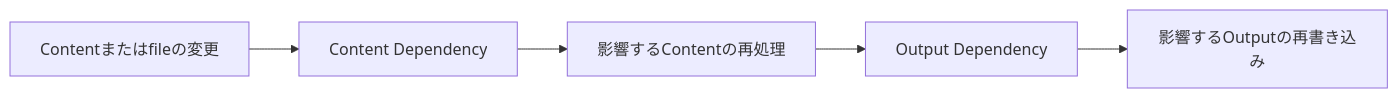
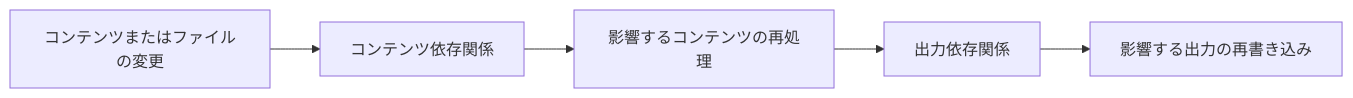
Before and after one commit to Rerurate514/riebeckite: the diagram in docs/docs/framework/build-dependency.ja.md, drawn with Mermaid. The commit also changed other lines of this file and 310 other files, not shown here.

````diff
--- a/docs/docs/framework/build-dependency.ja.md
+++ b/docs/docs/framework/build-dependency.ja.md
@@ -11,7 +11,7 @@
 ```mermaid
 flowchart LR
-    Change["Contentまたはfileの変更"] --> Content["Content Dependency"]
-    Content --> Reprocess["影響するContentの再処理"]
-    Reprocess --> Output["Output Dependency"]
-    Output --> Rewrite["影響するOutputの再書き込み"]
+    Change["コンテンツまたはファイルの変更"] --> Content["コンテンツ依存関係"]
+    Content --> Reprocess["影響するコンテンツの再処理"]
+    Reprocess --> Output["出力依存関係"]
+    Output --> Rewrite["影響する出力の再書き込み"]
 ```
````
